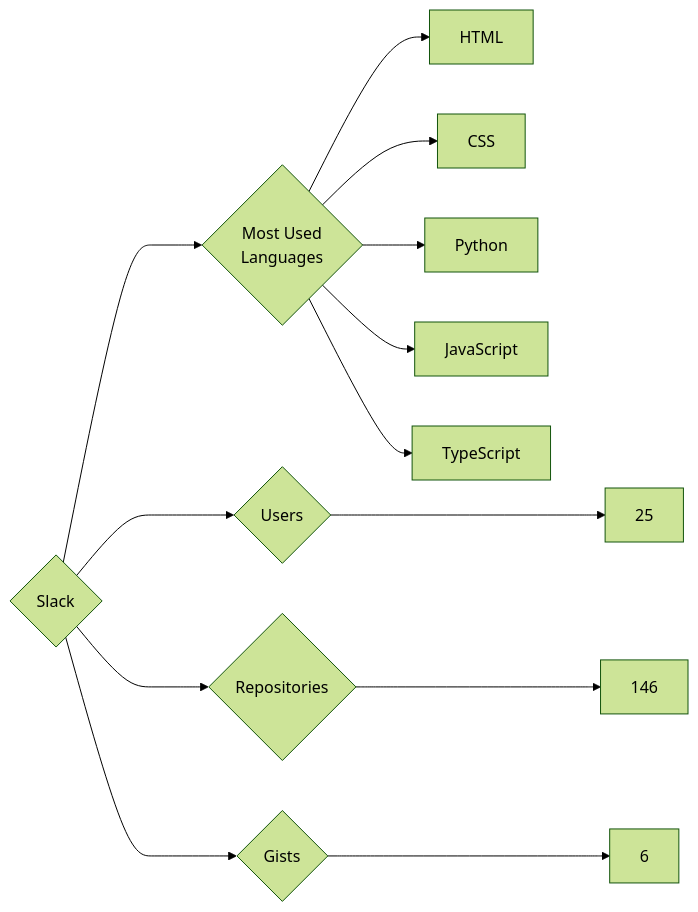
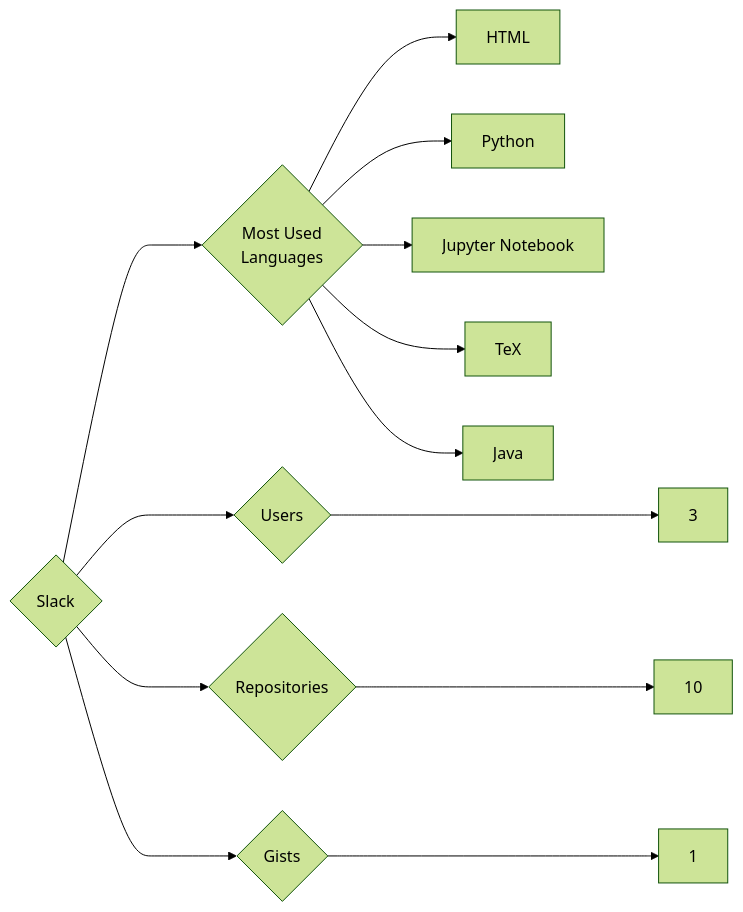
One commit to trickest/insiders changed the diagram in targets/Slack/README.md. Above: the diagram before and after it, drawn with Mermaid (forest theme). The commit also changed 939 other files, not shown here.

````diff
--- a/targets/Slack/README.md
+++ b/targets/Slack/README.md
@@ -3,13 +3,13 @@
 ```mermaid
 graph LR
 COMPANY_NAME{Slack}
-COMPANY_NAME ---> U{Users} ---> UN[25]
-COMPANY_NAME ---> R{Repositories} ---> RN[146]
-COMPANY_NAME ---> G{Gists} ---> GN[6]
+COMPANY_NAME ---> U{Users} ---> UN[3]
+COMPANY_NAME ---> R{Repositories} ---> RN[10]
+COMPANY_NAME ---> G{Gists} ---> GN[1]
 COMPANY_NAME ---> ML{Most Used<br>Languages}
 ML --> HTML[HTML]
-ML --> CSS[CSS]
 ML --> Python[Python]
-ML --> JavaScript[JavaScript]
-ML --> TypeScript[TypeScript]
+ML --> Jupyter_Notebook[Jupyter Notebook]
+ML --> TeX[TeX]
+ML --> Java[Java]
 ```
````
